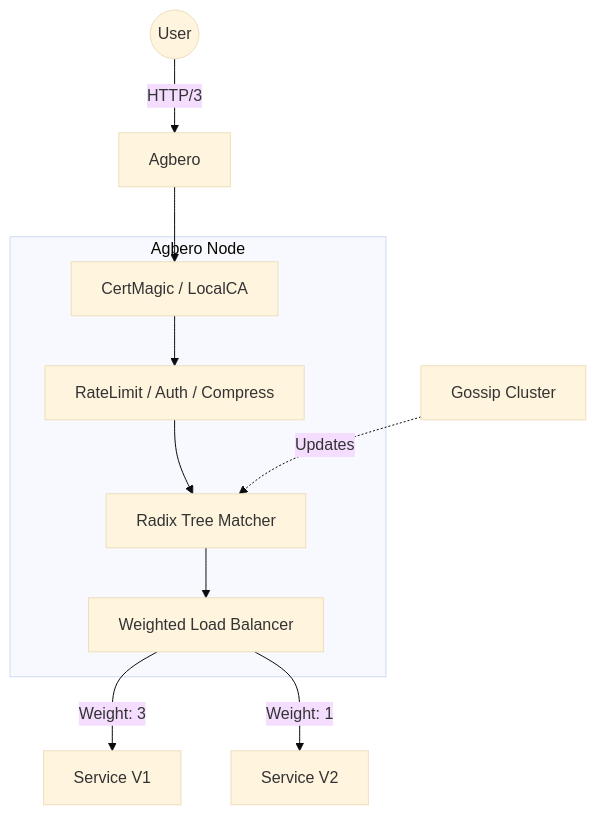
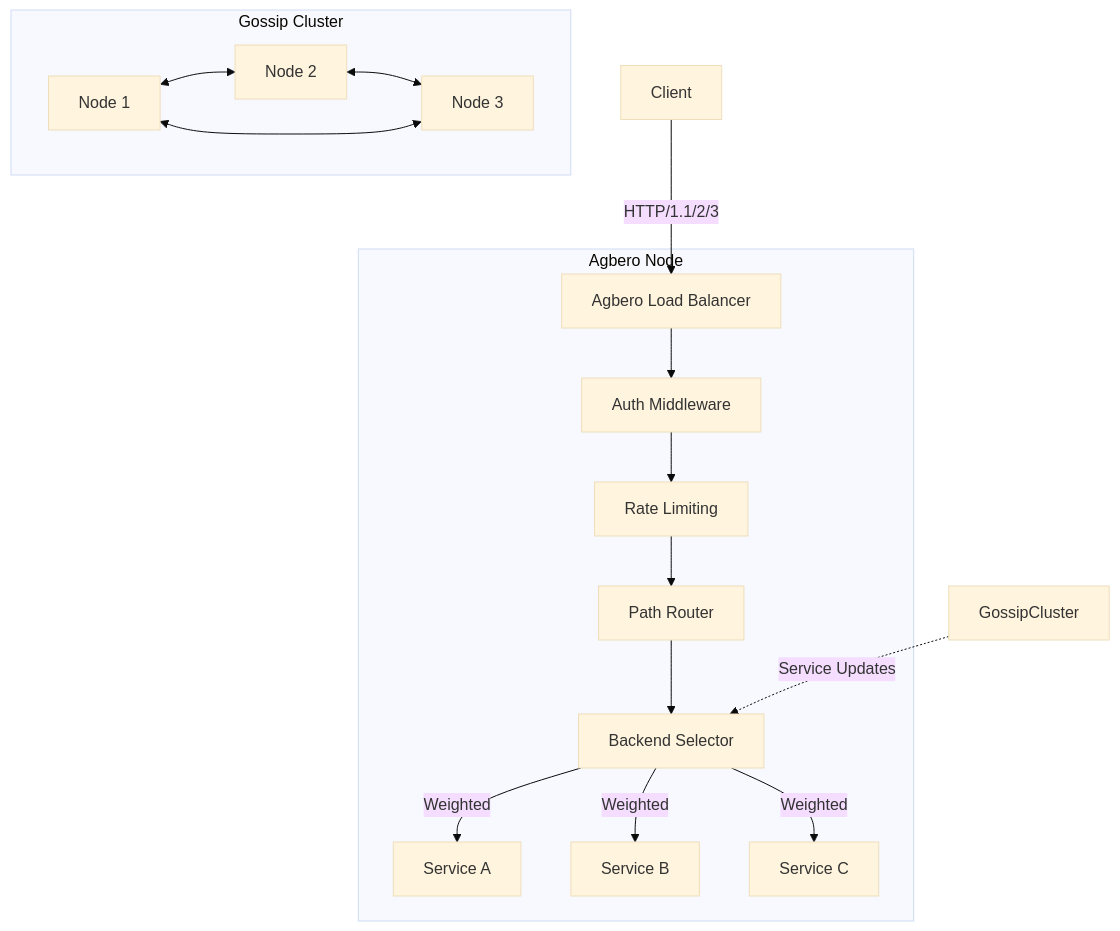
Before and after one commit to agberohq/agbero: the diagram in README.md, drawn with Mermaid (base theme). The commit also changed other lines of this file and 7 other files, not shown here.

````diff
--- a/README.md
+++ b/README.md
@@ -143,21 +117,23 @@
 ```mermaid
-graph TD
-    User((User)) -->|HTTP/3| Agbero
+graph TB
+    Client[Client] -->|HTTP/1.1/2/3| LB[Agbero Load Balancer]
     
     subgraph "Agbero Node"
-        TLS[CertMagic / LocalCA]
-        Router[Radix Tree Matcher]
-        LB[Weighted Load Balancer]
-        Middleware[RateLimit / Auth / Compress]
+        LB --> Auth[Auth Middleware]
+        Auth --> RateLimit[Rate Limiting]
+        RateLimit --> Router[Path Router]
+        Router --> BackendSelector[Backend Selector]
+        
+        BackendSelector -->|Weighted| Backend1[Service A]
+        BackendSelector -->|Weighted| Backend2[Service B]
+        BackendSelector -->|Weighted| Backend3[Service C]
     end
     
-    Agbero --> TLS
-    TLS --> Middleware
-    Middleware --> Router
-    Router --> LB
+    subgraph "Gossip Cluster"
+        Node1[Node 1] <--> Node2[Node 2]
+        Node2 <--> Node3[Node 3]
+        Node3 <--> Node1
+    end
     
-    LB -->|Weight: 3| S1[Service V1]
-    LB -->|Weight: 1| S2[Service V2]
-    
-    Gossip[Gossip Cluster] -.->|Updates| Router
+    GossipCluster -.->|Service Updates| BackendSelector
 ```
````
